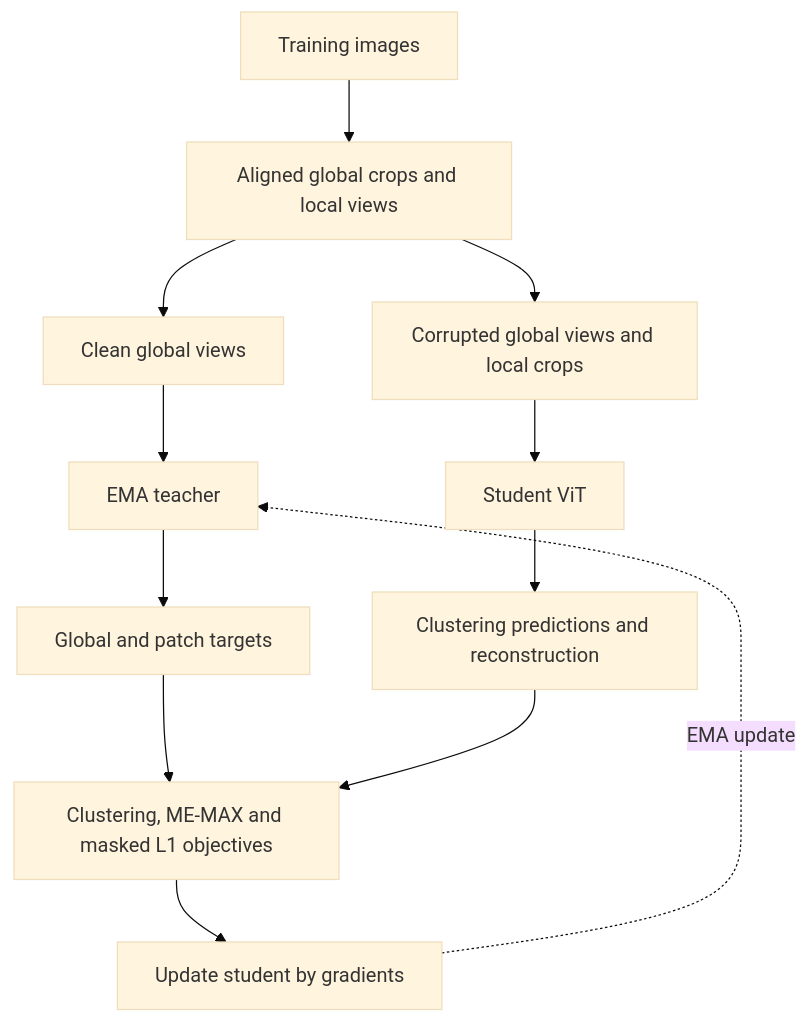
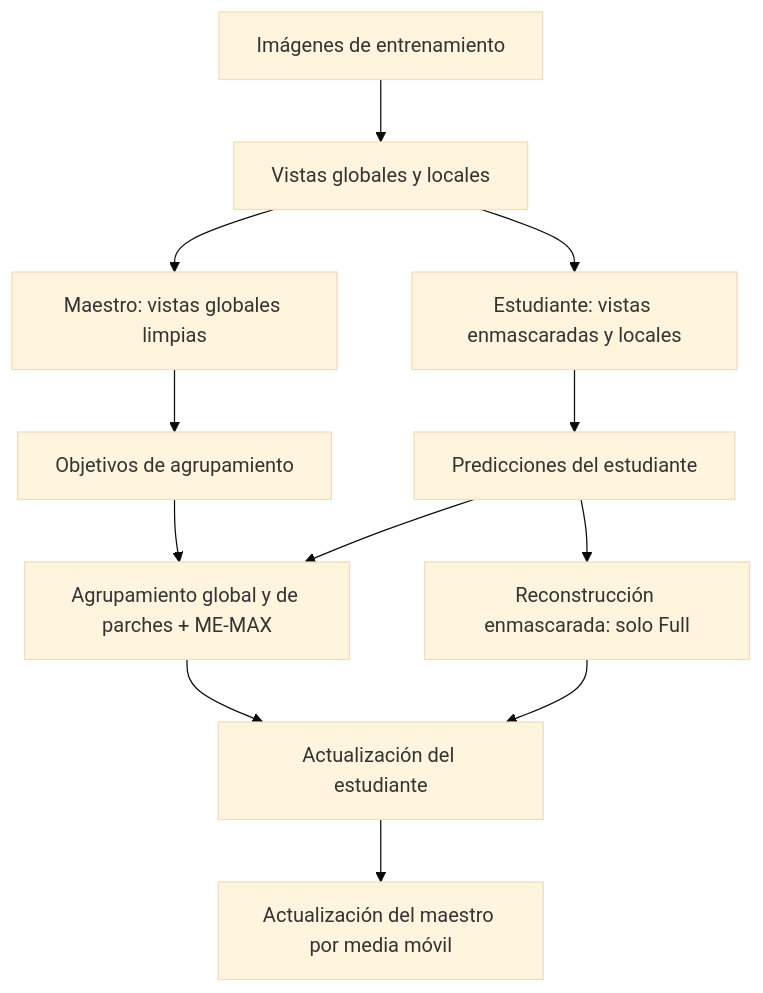
The diagram in README.md (lvilla60/maskcluster-ssl), drawn with Mermaid (base theme) before and after one commit. The commit also changed other lines of this file and 4 other files, not shown here.

````diff
--- a/README.md
+++ b/README.md
@@ -23,14 +24,14 @@
 ```mermaid
 flowchart TD
-    A[Training images] --> B[Aligned global crops and local views]
-    B --> C[Clean global views]
-    B --> D[Corrupted global views and local crops]
-    C --> E[EMA teacher]
-    D --> F[Student ViT]
-    E --> G[Global and patch targets]
-    F --> H[Clustering predictions and reconstruction]
-    G --> I[Clustering, ME-MAX and masked L1 objectives]
+    A["Imágenes de entrenamiento"] --> B["Vistas globales y locales"]
+    B --> C["Maestro: vistas globales limpias"]
+    B --> D["Estudiante: vistas enmascaradas y locales"]
+    C --> E["Objetivos de agrupamiento"]
+    D --> F["Predicciones del estudiante"]
+    E --> G["Agrupamiento global y de parches + ME-MAX"]
+    F --> G
+    F --> H["Reconstrucción enmascarada: solo Full"]
+    G --> I["Actualización del estudiante"]
     H --> I
-    I --> J[Update student by gradients]
-    J -. EMA update .-> E
+    I --> J["Actualización del maestro por media móvil"]
 ```
````
